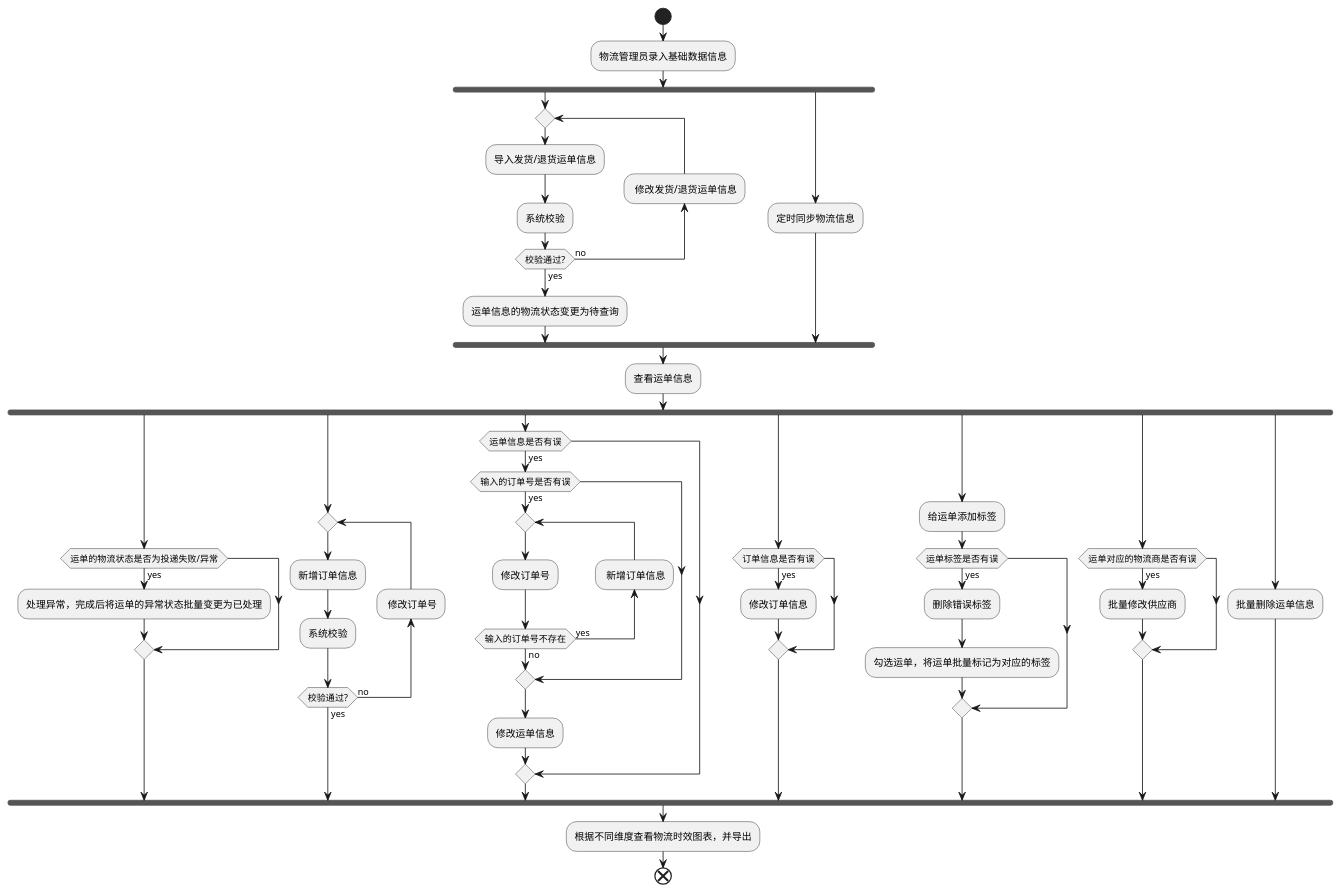
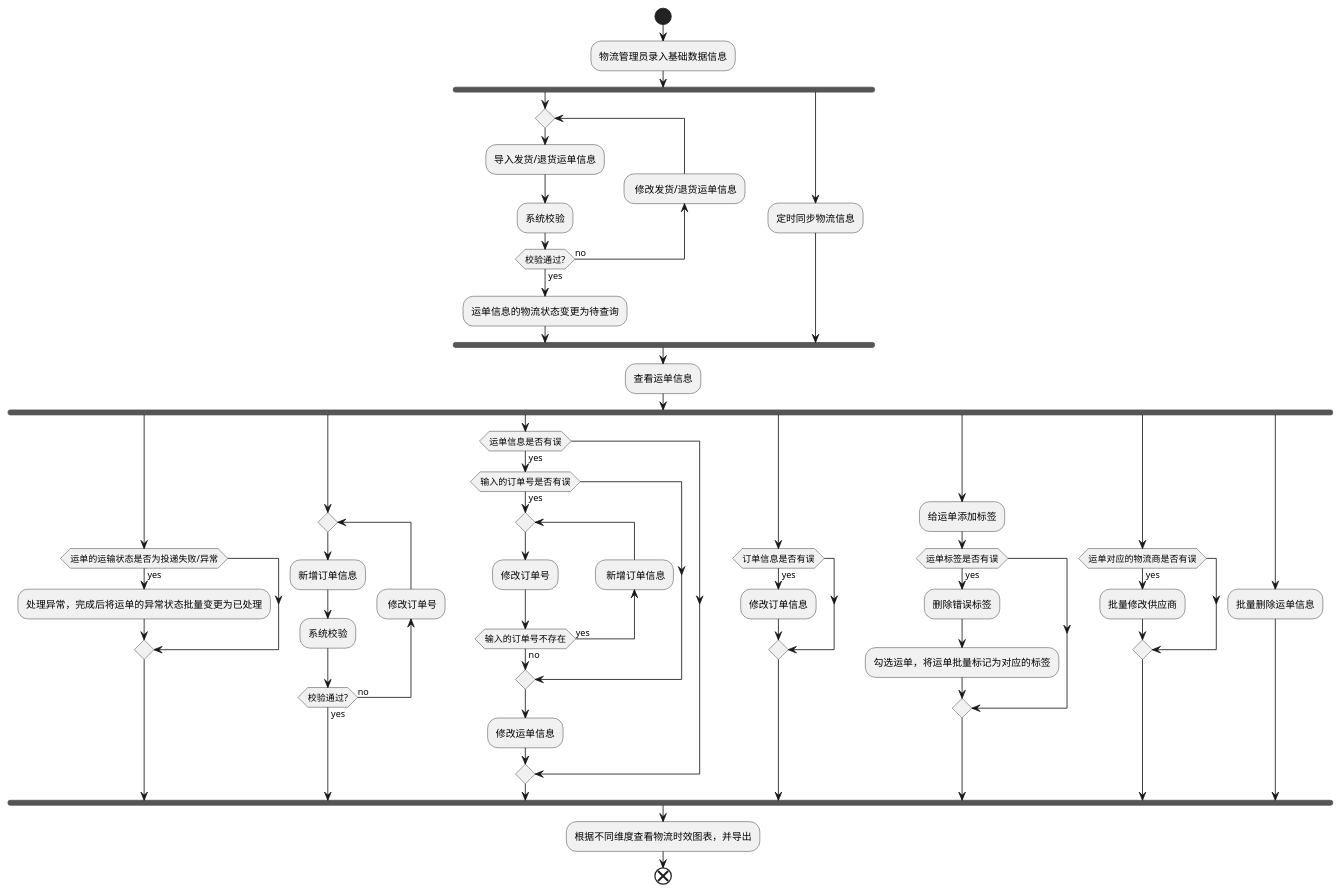
Before and after one commit to futurekidult/lis: the diagram in docs/transaction-flow-diagram.puml, drawn with PlantUML. The commit also changed 9 other files, not shown here.

```diff
--- a/docs/transaction-flow-diagram.puml
+++ b/docs/transaction-flow-diagram.puml
@@ -1,56 +1,56 @@
 @startuml
 
 start
 :物流管理员录入基础数据信息;
 fork
 repeat 
   :导入发货/退货运单信息;
   :系统校验;
 backward: 修改发货/退货运单信息;
 repeat while (校验通过?) is (no) not (yes)
 :运单信息的物流状态变更为待查询;
 fork again  
   :定时同步物流信息;
 end fork
 :查看运单信息;
 fork 
-  if(运单的物流状态是否为投递失败/异常) then (yes)
+  if(运单的运输状态是否为投递失败/异常) then (yes)
     :处理异常，完成后将运单的异常状态批量变更为已处理;
   endif
 fork again
   repeat 
     :新增订单信息;
     :系统校验;
   backward: 修改订单号;
   repeat while (校验通过?) is (no) not (yes)
 fork again
   if (运单信息是否有误) then (yes)
     if(输入的订单号是否有误) then (yes)
       repeat 
         :修改订单号;
       backward: 新增订单信息;
       repeat while (输入的订单号不存在) is (yes) not (no)
     endif
     :修改运单信息;
   endif
   fork again 
     if (订单信息是否有误) then (yes)
     :修改订单信息;
   endif
 fork again
   :给运单添加标签;
   if(运单标签是否有误) then (yes)
       :删除错误标签;
       :勾选运单，将运单批量标记为对应的标签;
   endif
 fork again
   if(运单对应的物流商是否有误) then (yes)
     :批量修改供应商;
   endif
 fork again 
   :批量删除运单信息;
 end fork
 :根据不同维度查看物流时效图表，并导出;
 end
 
 @enduml
```
